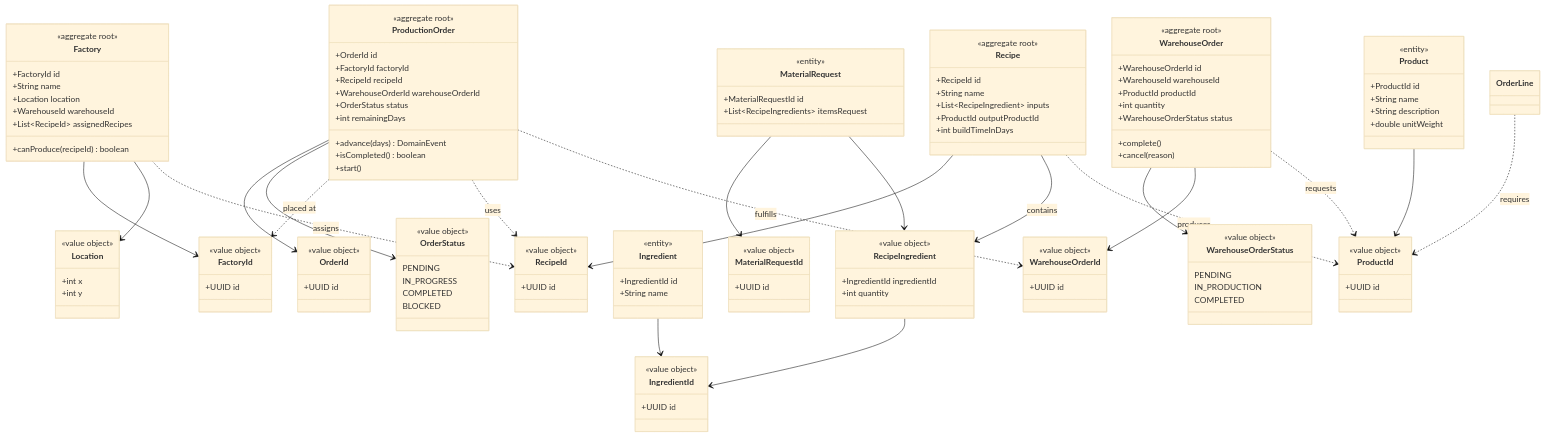
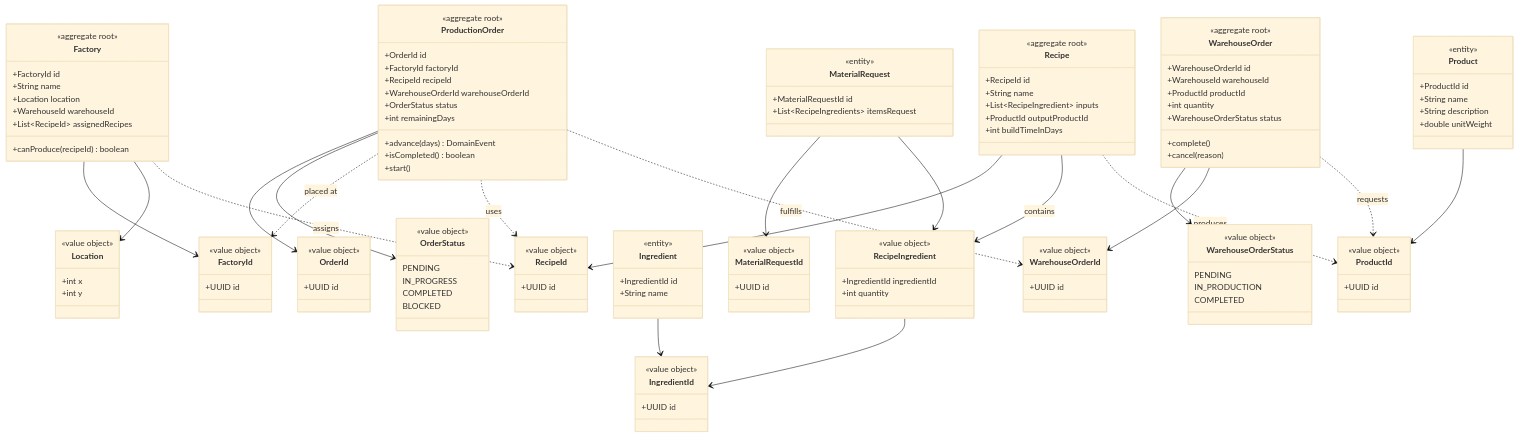
Before and after one commit to PauLopNun/workshop-suministros: the first of 3 diagrams in production/ddd.md, drawn with Mermaid (base theme).

Commit message:
docs: fix on schema view

````diff
--- a/production/ddd.md
+++ b/production/ddd.md
@@ -155,7 +155,6 @@
     ProductionOrder ..> FactoryId : placed at
     ProductionOrder ..> RecipeId : uses
     ProductionOrder ..> WarehouseOrderId : fulfills
-    OrderLine ..> ProductId : requires
     Recipe ..> ProductId : produces
     WarehouseOrder ..> ProductId : requests
 ```
````
